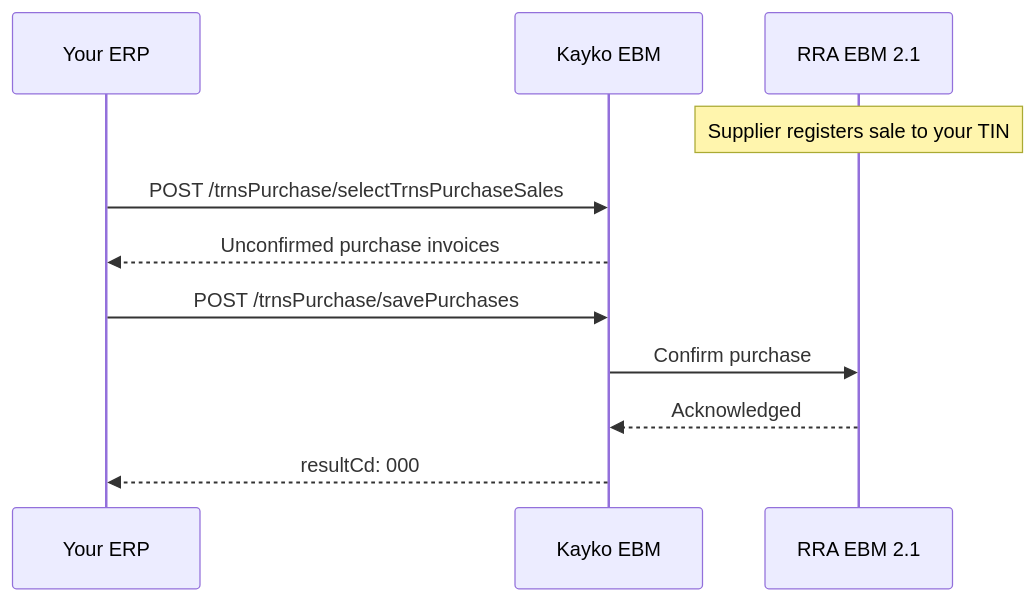
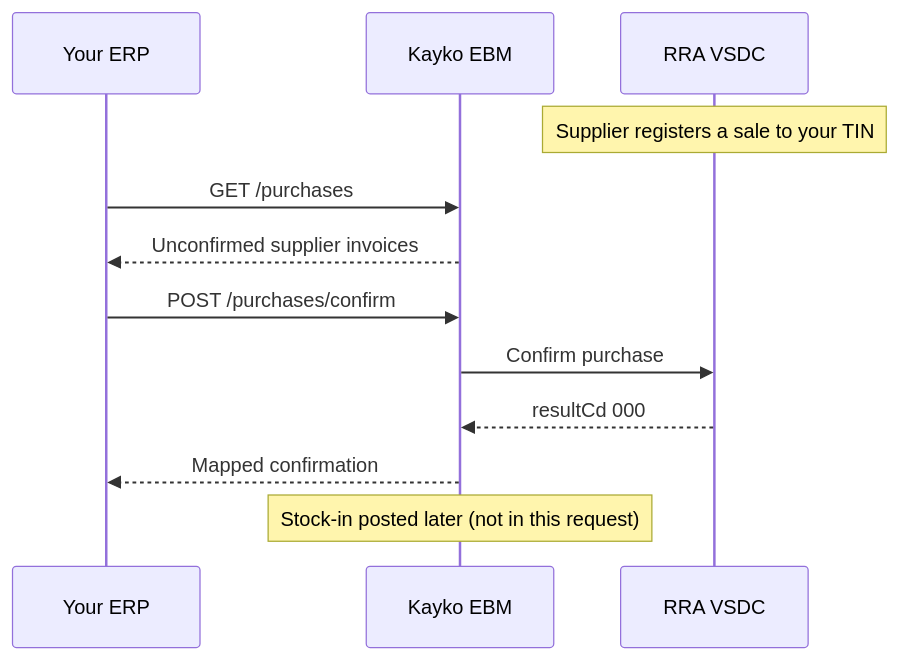
One commit to kaykorw/ebm_thirdparty_docs changed the diagram in api/purchases.mdx. Above: the diagram before and after it, drawn with Mermaid. The commit also changed other lines of this file and 25 other files, not shown here.

````diff
--- a/api/purchases.mdx
+++ b/api/purchases.mdx
@@ -9,14 +13,15 @@
 ```mermaid
 sequenceDiagram
     participant Buyer as Your ERP
-    participant EBM as Kayko EBM
-    participant RRA as RRA EBM 2.1
+    participant Kayko as Kayko EBM
+    participant RRA as RRA VSDC
 
-    Note over RRA: Supplier registers sale to your TIN
-    Buyer->>EBM: POST /trnsPurchase/selectTrnsPurchaseSales
-    EBM-->>Buyer: Unconfirmed purchase invoices
-    Buyer->>EBM: POST /trnsPurchase/savePurchases
-    EBM->>RRA: Confirm purchase
-    RRA-->>EBM: Acknowledged
-    EBM-->>Buyer: resultCd: 000
+    Note over RRA: Supplier registers a sale to your TIN
+    Buyer->>Kayko: GET /purchases
+    Kayko-->>Buyer: Unconfirmed supplier invoices
+    Buyer->>Kayko: POST /purchases/confirm
+    Kayko->>RRA: Confirm purchase
+    RRA-->>Kayko: resultCd 000
+    Kayko-->>Buyer: Mapped confirmation
+    Note over Kayko: Stock-in posted later (not in this request)
 ```
````
